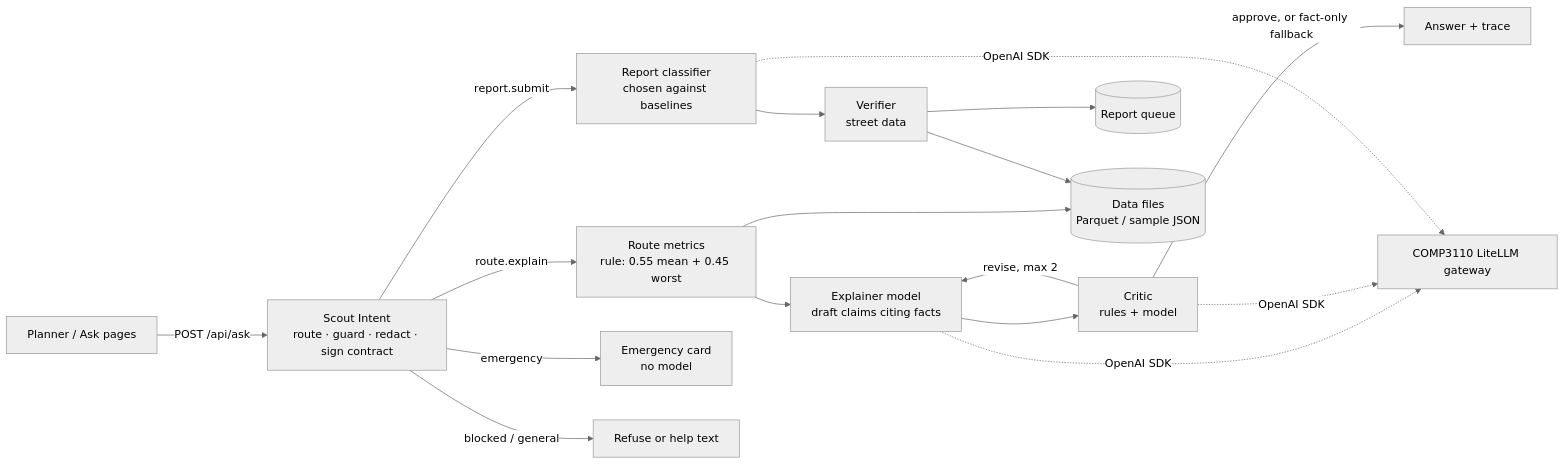
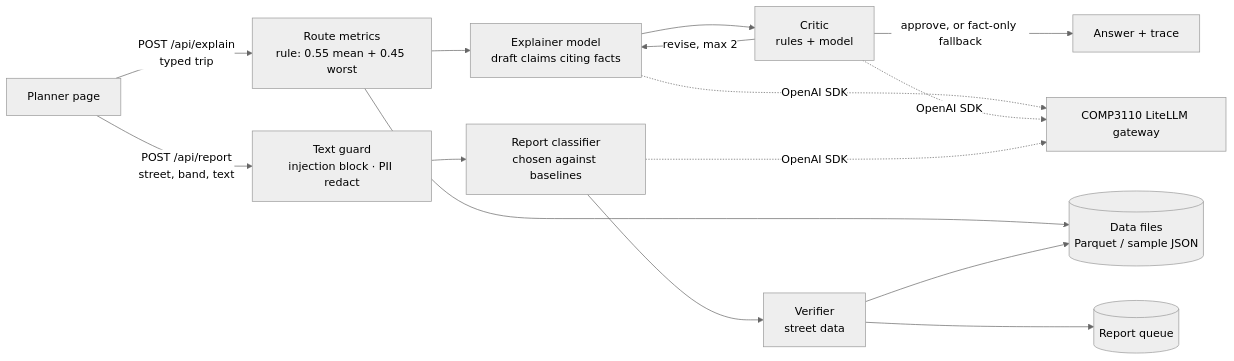
Before and after one commit to shuruthy24/Athena: the diagram in README.md, drawn with Mermaid (neutral theme). The commit also changed other lines of this file and 9 other files, not shown here.

````diff
--- a/README.md
+++ b/README.md
@@ -51,15 +50,13 @@
 ```mermaid
 flowchart LR
-  U[Planner / Ask pages] -->|POST /api/ask| S[Scout Intent<br/>route · guard · redact · sign contract]
-  S -->|route.explain| R[Route metrics<br/>rule: 0.55 mean + 0.45 worst]
+  U[Planner page] -->|POST /api/explain<br/>typed trip| R[Route metrics<br/>rule: 0.55 mean + 0.45 worst]
   R --> X[Explainer model<br/>draft claims citing facts]
   X --> C[Critic<br/>rules + model]
   C -->|revise, max 2| X
   C -->|approve, or fact-only fallback| O[Answer + trace]
-  S -->|report.submit| K[Report classifier<br/>chosen against baselines]
+  U -->|POST /api/report<br/>street, band, text| S[Text guard<br/>injection block · PII redact]
+  S --> K[Report classifier<br/>chosen against baselines]
   K --> V[Verifier<br/>street data] --> Q[(Report queue)]
-  S -->|emergency| E[Emergency card<br/>no model]
-  S -->|blocked / general| G[Refuse or help text]
   R & V --> D[(Data files<br/>Parquet / sample JSON)]
   X & C & K -.->|OpenAI SDK| GW[COMP3110 LiteLLM gateway]
 ```
````
